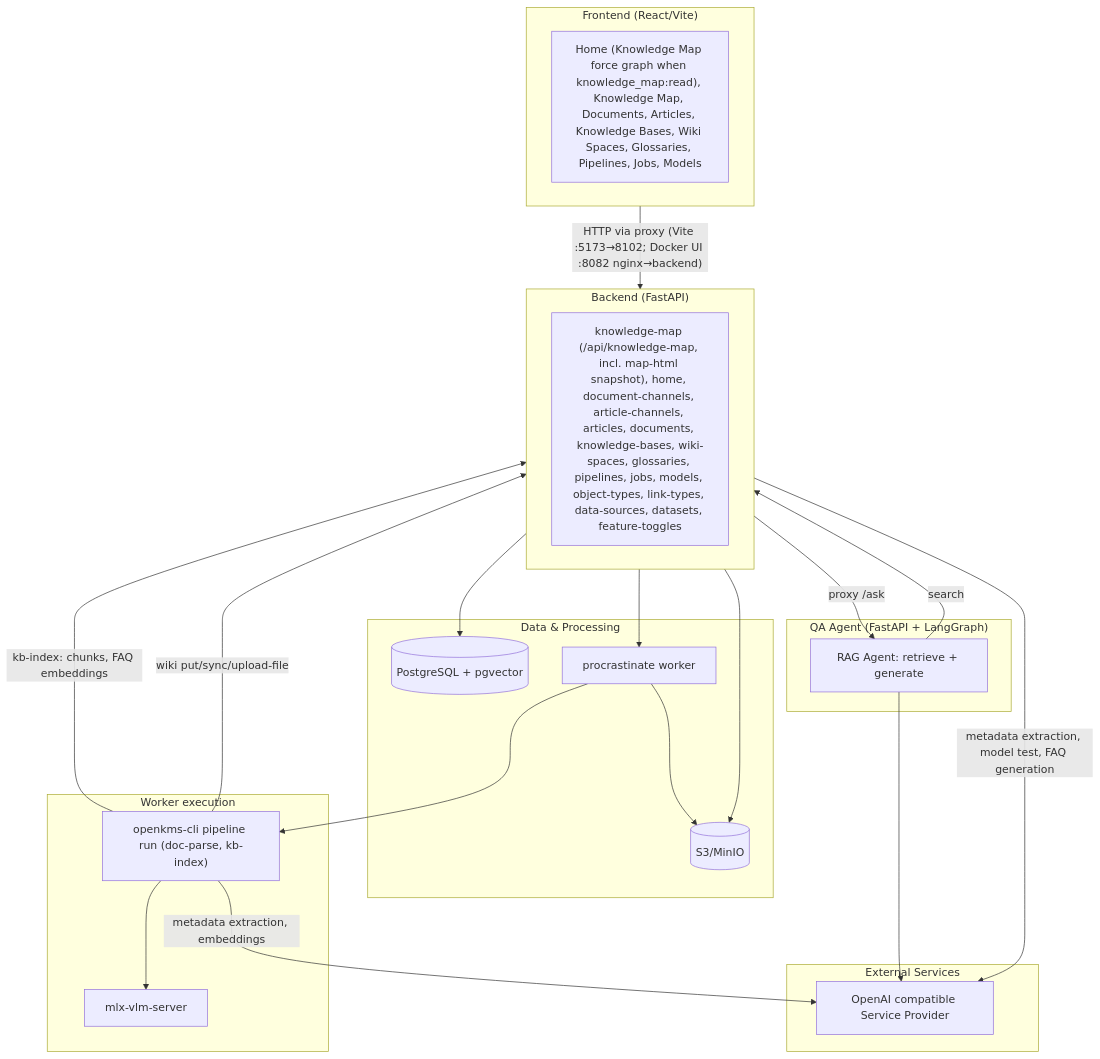
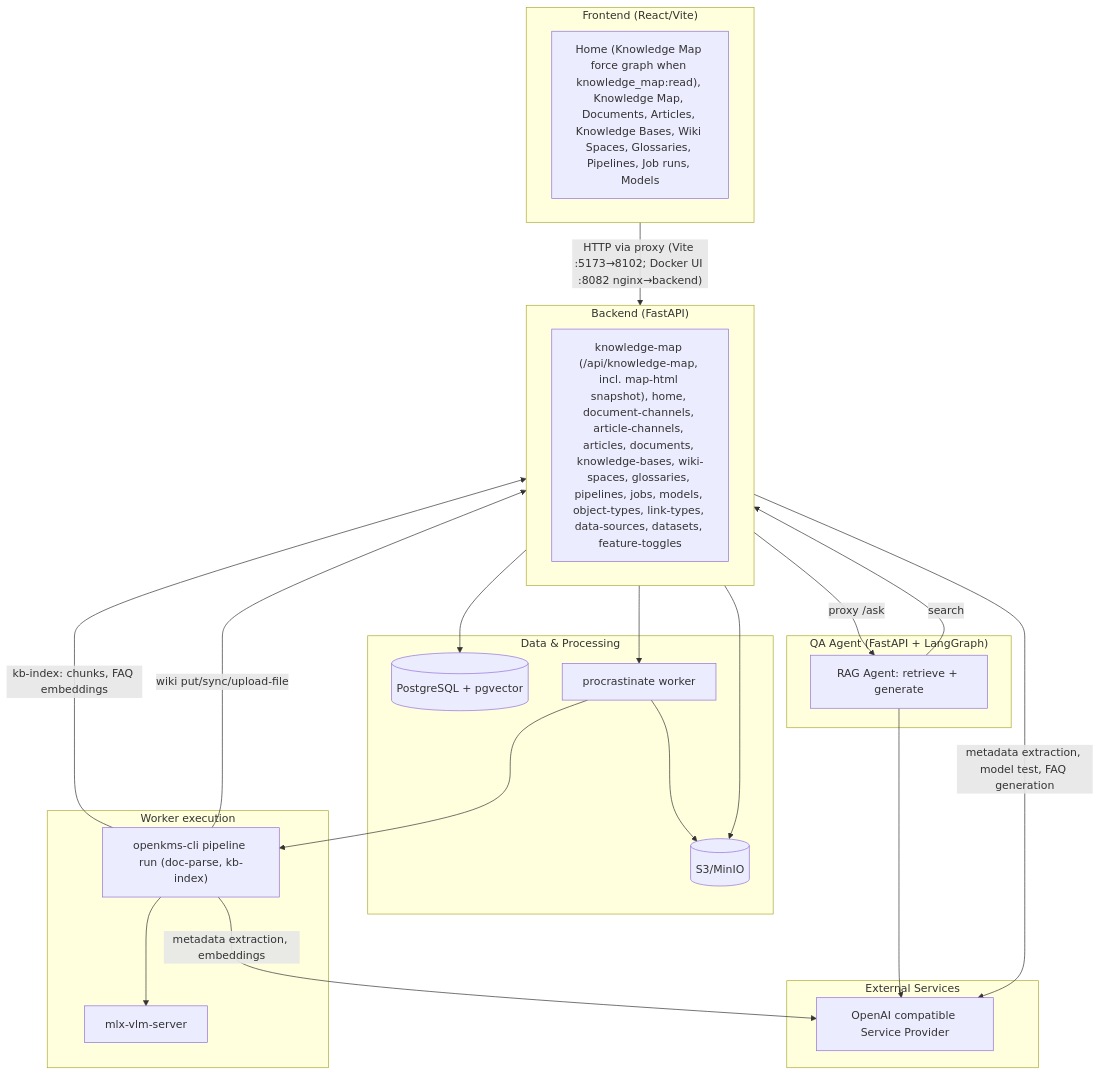
The first of 5 diagrams in docs/architecture.md (yingrui/openKMS), drawn with Mermaid before and after one commit. The commit also changed other lines of this file and 34 other files, not shown here.

First line of the commit message:
Add job runs pagination, UI rename, and worker log table migration.

````diff
--- a/docs/architecture.md
+++ b/docs/architecture.md
@@ -7,44 +7,44 @@
 ```mermaid
 flowchart TB
   subgraph Frontend["Frontend (React/Vite)"]
-    FE["Home (Knowledge Map force graph when knowledge_map:read), Knowledge Map, Documents, Articles, Knowledge Bases, Wiki Spaces, Glossaries, Pipelines, Jobs, Models"]
+    FE["Home (Knowledge Map force graph when knowledge_map:read), Knowledge Map, Documents, Articles, Knowledge Bases, Wiki Spaces, Glossaries, Pipelines, Job runs, Models"]
   end
 
   subgraph Backend["Backend (FastAPI)"]
     API["knowledge-map (/api/knowledge-map, incl. map-html snapshot), home, document-channels, article-channels, articles, documents, knowledge-bases, wiki-spaces, glossaries, pipelines, jobs, models, object-types, link-types, data-sources, datasets, feature-toggles"]
   end
 
   subgraph Storage["Data & Processing"]
     PG[("PostgreSQL + pgvector")]
     S3[(S3/MinIO)]
     Worker["procrastinate worker"]
   end
 
   subgraph WorkerDetail["Worker execution"]
     CLI["openkms-cli pipeline run (doc-parse, kb-index)"]
     VLM["mlx-vlm-server"]
   end
 
   subgraph QAAgent["QA Agent (FastAPI + LangGraph)"]
     Agent["RAG Agent: retrieve + generate"]
   end
 
   subgraph External["External Services"]
     LLM["OpenAI compatible Service Provider"]
   end
 
   Frontend -->|"HTTP via proxy (Vite :5173→8102; Docker UI :8082 nginx→backend)"| Backend
   Backend --> PG
   Backend --> S3
   Backend --> Worker
   Backend -->|metadata extraction, model test, FAQ generation| LLM
   Backend -->|proxy /ask| Agent
   Agent -->|search| Backend
   Agent --> LLM
   Worker --> S3
   Worker --> CLI
   CLI --> VLM
   CLI -->|metadata extraction, embeddings| LLM
   CLI -->|kb-index: chunks, FAQ embeddings| Backend
   CLI -->|wiki put/sync/upload-file| Backend
 ```
````
